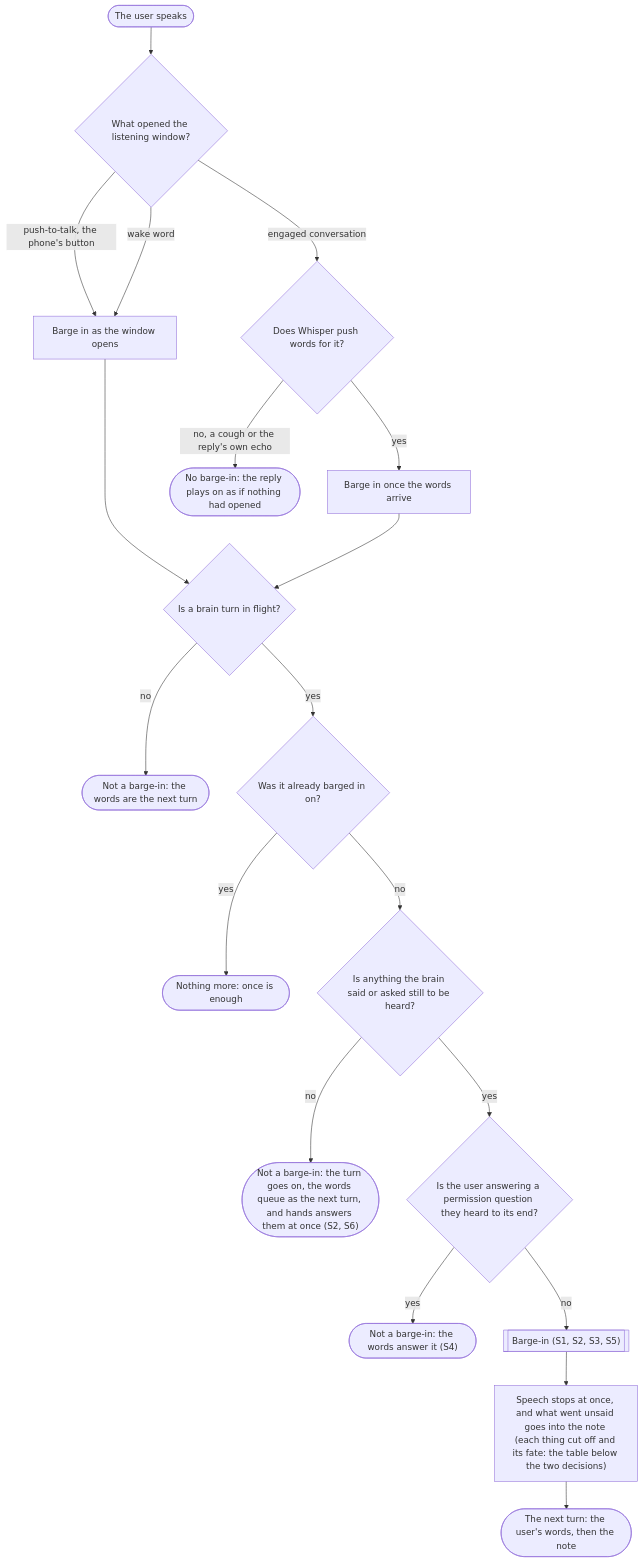
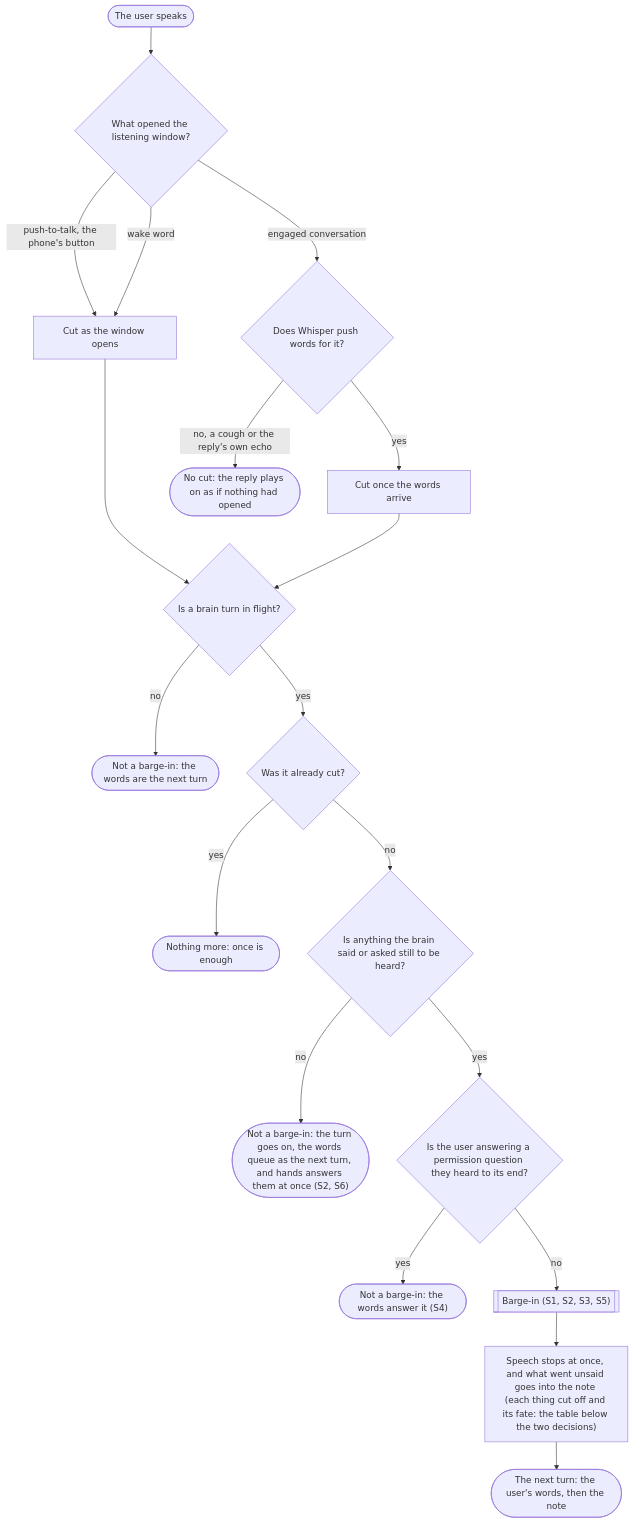
Before and after one commit to promptctl/cc-hands: the first of 7 diagrams in docs/barge-in.md, drawn with Mermaid. The commit also changed other lines of this file and 16 other files, not shown here.

````diff
--- a/docs/barge-in.md
+++ b/docs/barge-in.md
@@ -53,21 +54,21 @@
 ```mermaid
 flowchart TD
     speak(["The user speaks"]) --> opened{"What opened the listening window?"}
-    opened -- "push-to-talk, the phone's button" --> now["Barge in as the window opens"]
+    opened -- "push-to-talk, the phone's button" --> now["Cut as the window opens"]
     opened -- "wake word" --> now
     opened -- "engaged conversation" --> whisper{"Does Whisper push words for it?"}
-    whisper -- "yes" --> words["Barge in once the words arrive"]
-    whisper -- "no, a cough or the reply's own echo" --> nobargein(["No barge-in: the reply plays on as if nothing had opened"])
+    whisper -- "yes" --> words["Cut once the words arrive"]
+    whisper -- "no, a cough or the reply's own echo" --> nocut(["No cut: the reply plays on as if nothing had opened"])
     now --> inflight{"Is a brain turn in flight?"}
     words --> inflight
     inflight -- "no" --> nextturn(["Not a barge-in: the words are the next turn"])
-    inflight -- "yes" --> again{"Was it already barged in on?"}
+    inflight -- "yes" --> again{"Was it already cut?"}
     again -- "yes" --> once(["Nothing more: once is enough"])
     again -- "no" --> left{"Is anything the brain said or asked still to be heard?"}
     left -- "no" --> queue(["Not a barge-in: the turn goes on, the words queue as the next turn, and hands answers them at once (S2, S6)"])
     left -- "yes" --> heard{"Is the user answering a permission question they heard to its end?"}
     heard -- "yes" --> answer(["Not a barge-in: the words answer it (S4)"])
     heard -- "no" --> barge[["Barge-in (S1, S2, S3, S5)"]]
     barge --> fates["Speech stops at once, and what went unsaid goes into the note (each thing cut off and its fate: the table below the two decisions)"]
     fates --> note(["The next turn: the user's words, then the note"])
 ```
````
